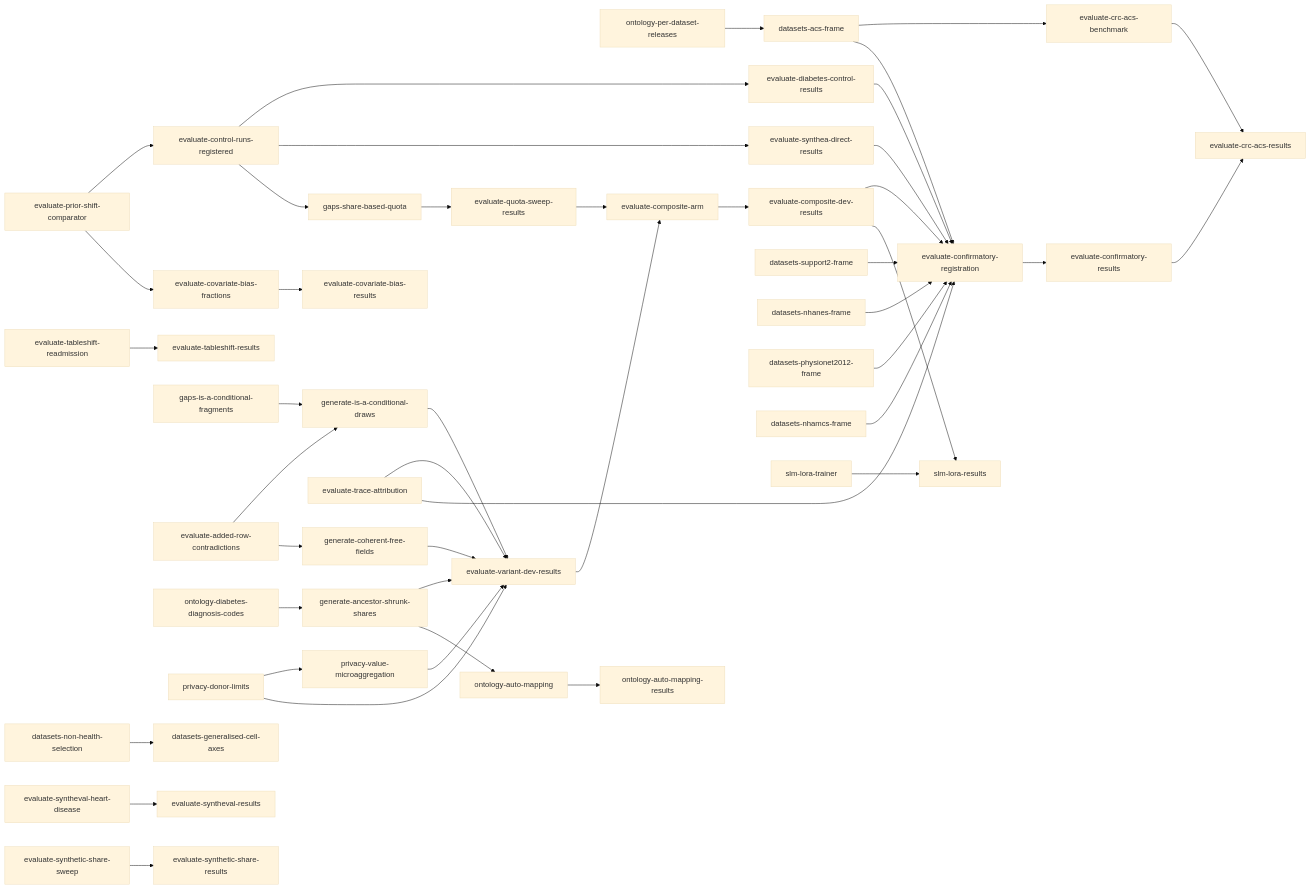
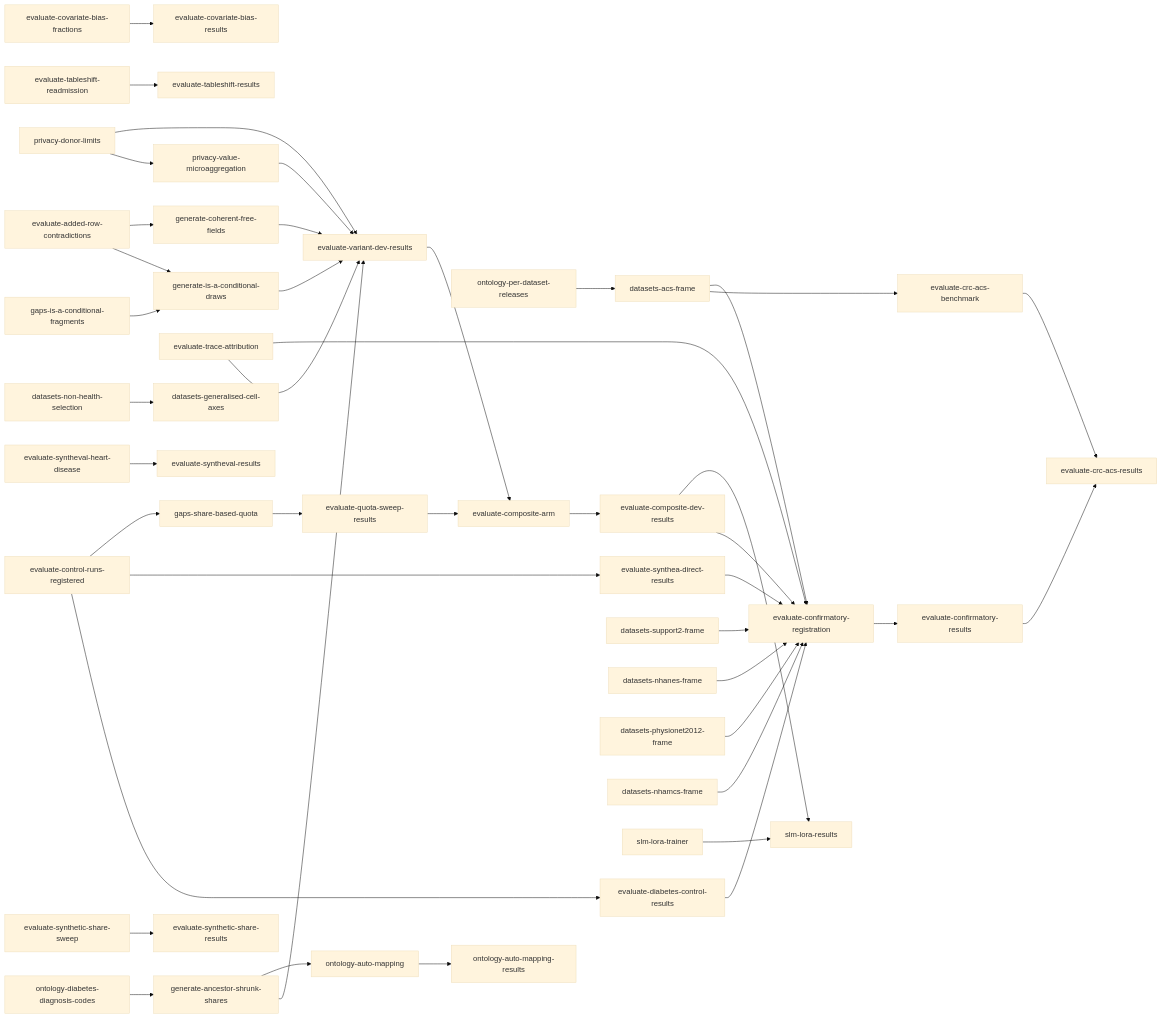
Before and after one commit to joe-dartmouth/synthetic: the diagram in tasks/direct-index.md, drawn with Mermaid (base theme). The commit also changed other lines of this file and 17 other files, not shown here.

First line of the commit message:
Add the prior-shift comparator arm (#118)

````diff
--- a/tasks/direct-index.md
+++ b/tasks/direct-index.md
@@ -84,46 +83,44 @@
 ```mermaid
 flowchart LR
-    u5[evaluate-prior-shift-comparator] --> u6[evaluate-control-runs-registered]
-    u5 --> u37[evaluate-covariate-bias-fractions]
-    u37 --> u38[evaluate-covariate-bias-results]
+    u37[evaluate-covariate-bias-fractions] --> u38[evaluate-covariate-bias-results]
     u39[evaluate-tableshift-readmission] --> u40[evaluate-tableshift-results]
-    u6 --> u7[evaluate-diabetes-control-results]
+    u6[evaluate-control-runs-registered] --> u7[evaluate-diabetes-control-results]
     u6 --> u8[evaluate-synthea-direct-results]
     u10[gaps-is-a-conditional-fragments] --> u11[generate-is-a-conditional-draws]
     u9[evaluate-added-row-contradictions] --> u11
     u12[ontology-diabetes-diagnosis-codes] --> u13[generate-ancestor-shrunk-shares]
     u15[privacy-donor-limits] --> u16[privacy-value-microaggregation]
     u9 --> u17[generate-coherent-free-fields]
     u11 --> u19[evaluate-variant-dev-results]
     u13 --> u19
     u15 --> u19
     u16 --> u19
     u17 --> u19
     u18[evaluate-trace-attribution] --> u19
     u6 --> u20[gaps-share-based-quota]
     u20 --> u21[evaluate-quota-sweep-results]
     u24[ontology-per-dataset-releases] --> u27[datasets-acs-frame]
     u27 --> u41[evaluate-crc-acs-benchmark]
     u49[datasets-non-health-selection] --> u50[datasets-generalised-cell-axes]
     u43[evaluate-syntheval-heart-disease] --> u44[evaluate-syntheval-results]
     u19 --> u28[evaluate-composite-arm]
     u21 --> u28
     u28 --> u29[evaluate-composite-dev-results]
     u7 --> u30[evaluate-confirmatory-registration]
     u8 --> u30
     u18 --> u30
     u45[evaluate-synthetic-share-sweep] --> u46[evaluate-synthetic-share-results]
     u25[datasets-support2-frame] --> u30
     u26[datasets-nhanes-frame] --> u30
     u27 --> u30
     u47[datasets-physionet2012-frame] --> u30
     u48[datasets-nhamcs-frame] --> u30
     u29 --> u30
     u30 --> u31[evaluate-confirmatory-results]
     u41 --> u42[evaluate-crc-acs-results]
     u31 --> u42
     u13 --> u32[ontology-auto-mapping]
     u32 --> u33[ontology-auto-mapping-results]
     u29 --> u36[slm-lora-results]
     u35[slm-lora-trainer] --> u36
 ```
````
